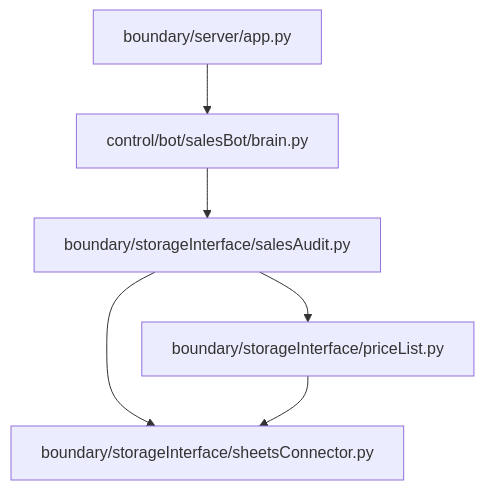
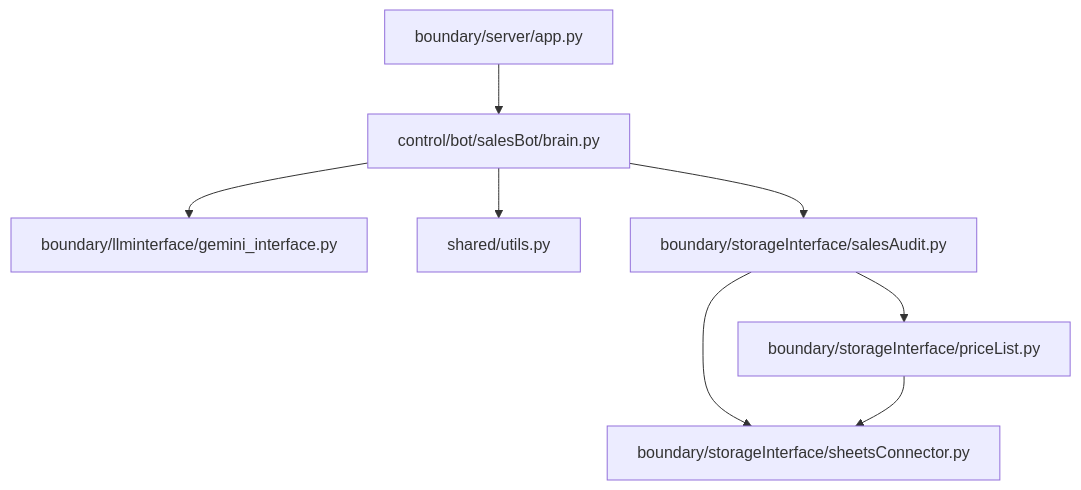
One commit to KodesiaYash/hotelStaffManager changed the second of 2 diagrams in README.md. Above: the diagram before and after it, drawn with Mermaid. The commit also changed other lines of this file and 9 other files, not shown here.

````diff
--- a/README.md
+++ b/README.md
@@ -121,8 +121,10 @@
 ```mermaid
 graph TD
-  App["boundary/server/app.py"] --> Test["control/bot/salesBot/brain.py"]
-  Test --> Audit["boundary/storageInterface/salesAudit.py"]
+  App["boundary/server/app.py"] --> Brain["control/bot/salesBot/brain.py"]
+  Brain --> LLM["boundary/llminterface/gemini_interface.py"]
+  Brain --> Utils["shared/utils.py"]
+  Brain --> Audit["boundary/storageInterface/salesAudit.py"]
   Audit --> Price["boundary/storageInterface/priceList.py"]
   Audit --> Sheets["boundary/storageInterface/sheetsConnector.py"]
   Price --> Sheets
 ```
````
